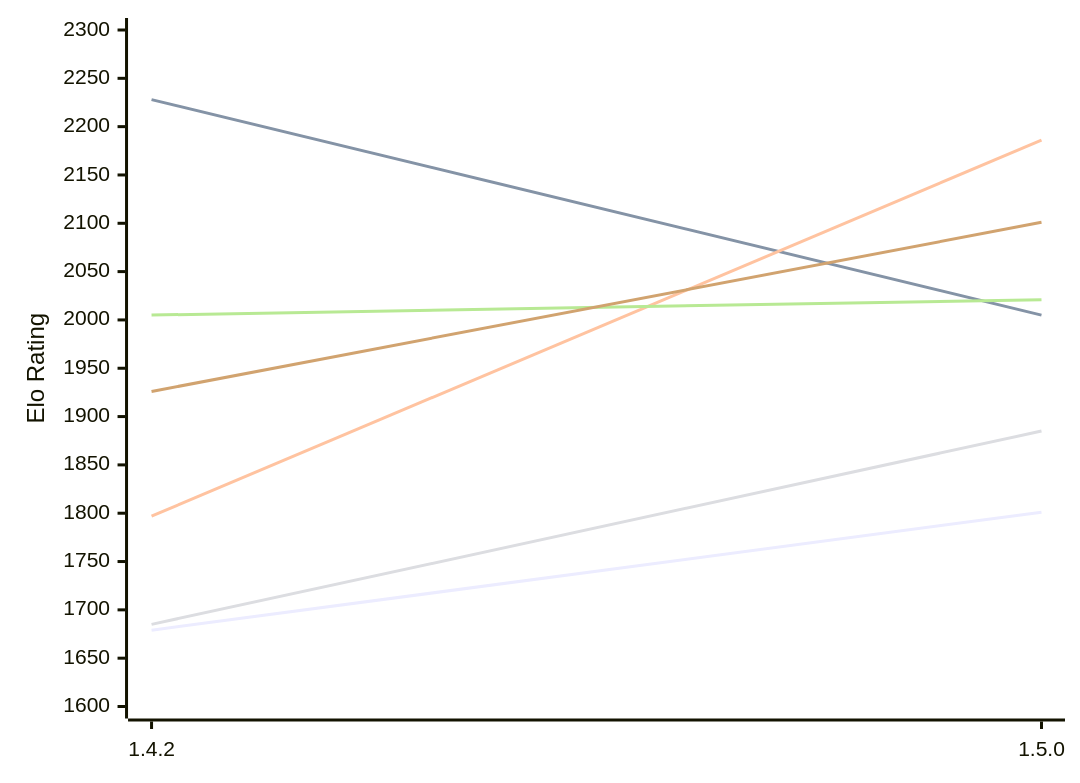
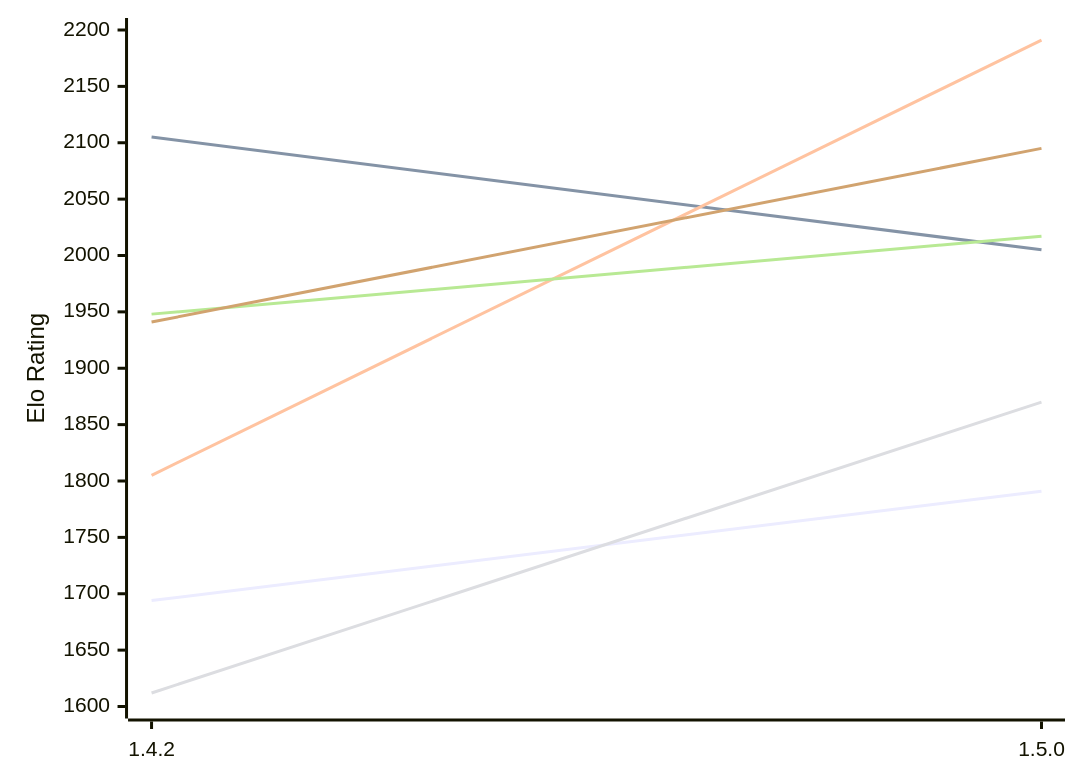
The first of 2 diagrams in engines/Zeppelin.md (computer-chess-index/cci), drawn with Mermaid before and after one commit. The commit also changed other lines of this file, not shown here.

Commit message:
Update CCI Ratings (ELO VLTC) - 2026-11-14

````diff
--- a/engines/Zeppelin.md
+++ b/engines/Zeppelin.md
@@ -57,12 +57,12 @@
 ```mermaid
 %%{init: {"theme":"base","themeVariables":{"seriesColors:['#a3a3a3','#222221','#faa371']}}}%%
 xychart-beta
   x-axis ["1.4.2", "1.5.0"]
-  y-axis "Elo Rating" 1600 --> 2300
-  line "E1: STC (8.0+0.08s)" [1679, 1801]
-  line "E1: LTC (60.0+0.60s)" [2228, 2005]
-  line "E1: VLTC (2m24s+1.12s)" [1797, 2186]
-  line "P1: STC (8.0+0.08s)" [1685, 1885]
-  line "P1: LTC (60.0+0.60s)" [2005, 2021]
-  line "P1: VLTC (2m24s+1.12s)" [1926, 2101]
+  y-axis "Elo Rating" 1600 --> 2200
+  line "E1: STC (8.0+0.08s)" [1694, 1791]
+  line "E1: LTC (60.0+0.60s)" [2105, 2005]
+  line "E1: VLTC (2m24s+1.12s)" [1805, 2191]
+  line "P1: STC (8.0+0.08s)" [1612, 1870]
+  line "P1: LTC (60.0+0.60s)" [1948, 2017]
+  line "P1: VLTC (2m24s+1.12s)" [1941, 2095]
 ```
````
